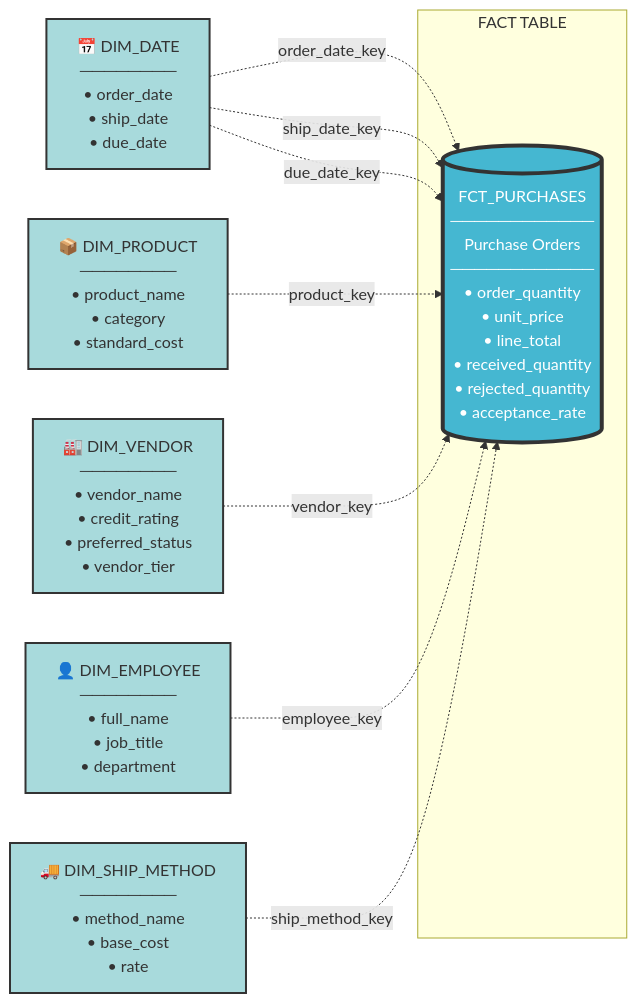
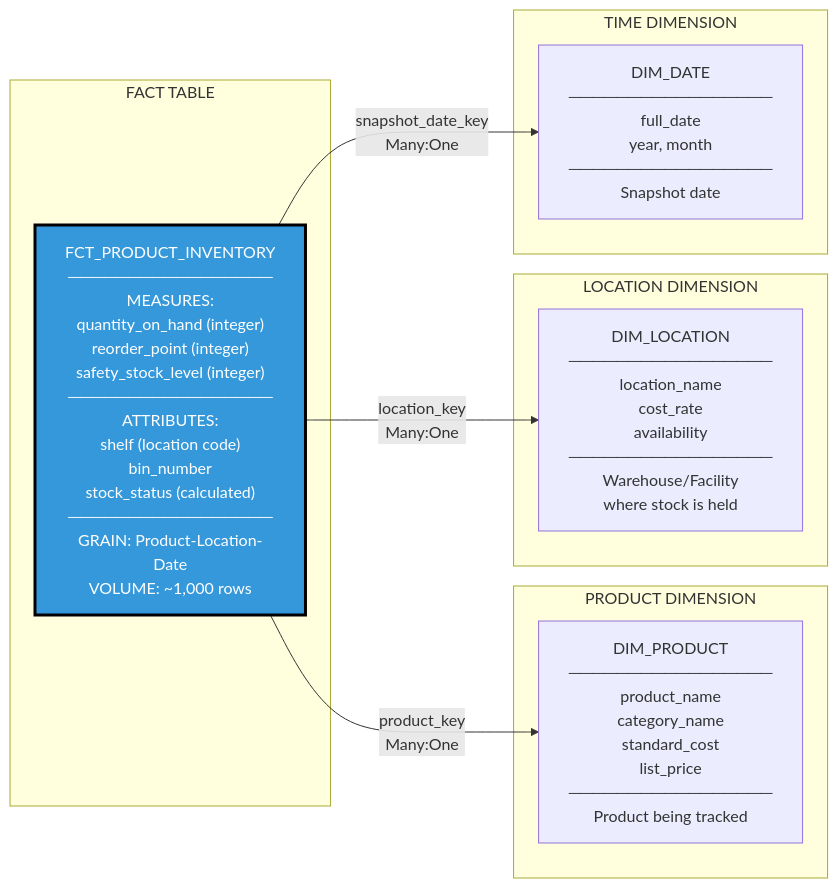
One commit to davidbryne66/hackathon changed the fourth of 6 diagrams in phase_1/diagram.md. Above: the diagram before and after it, drawn with Mermaid. The commit also changed other lines of this file and 43 other files, not shown here.

````diff
--- a/phase_1/diagram.md
+++ b/phase_1/diagram.md
@@ -164,27 +288,24 @@
 ```mermaid
 graph LR
     subgraph "FACT TABLE"
-        PURCH[("FCT_PURCHASES<br/>────────────<br/>Purchase Orders<br/>────────────<br/>• order_quantity<br/>• unit_price<br/>• line_total<br/>• received_quantity<br/>• rejected_quantity<br/>• acceptance_rate")]
+        INV["FCT_PRODUCT_INVENTORY<br/>─────────────────<br/>MEASURES:<br/>quantity_on_hand (integer)<br/>reorder_point (integer)<br/>safety_stock_level (integer)<br/>─────────────────<br/>ATTRIBUTES:<br/>shelf (location code)<br/>bin_number<br/>stock_status (calculated)<br/>─────────────────<br/>GRAIN: Product-Location-Date<br/>VOLUME: ~1,000 rows"]
     end
   
-    DATE["📅 DIM_DATE<br/>────────<br/>• order_date<br/>• ship_date<br/>• due_date"]
-    PRODUCT["📦 DIM_PRODUCT<br/>────────<br/>• product_name<br/>• category<br/>• standard_cost"]
-    VENDOR["🏭 DIM_VENDOR<br/>────────<br/>• vendor_name<br/>• credit_rating<br/>• preferred_status<br/>• vendor_tier"]
-    EMPLOYEE["👤 DIM_EMPLOYEE<br/>────────<br/>• full_name<br/>• job_title<br/>• department"]
-    SHIP["🚚 DIM_SHIP_METHOD<br/>────────<br/>• method_name<br/>• base_cost<br/>• rate"]
+    subgraph "PRODUCT DIMENSION"
+        PROD["DIM_PRODUCT<br/>─────────────────<br/>product_name<br/>category_name<br/>standard_cost<br/>list_price<br/>─────────────────<br/>Product being tracked"]
+    end
   
-    DATE -.->|order_date_key| PURCH
-    DATE -.->|ship_date_key| PURCH
-    DATE -.->|due_date_key| PURCH
-    PRODUCT -.->|product_key| PURCH
-    VENDOR -.->|vendor_key| PURCH
-    EMPLOYEE -.->|employee_key| PURCH
-    SHIP -.->|ship_method_key| PURCH
+    subgraph "LOCATION DIMENSION"
+        LOC["DIM_LOCATION<br/>─────────────────<br/>location_name<br/>cost_rate<br/>availability<br/>─────────────────<br/>Warehouse/Facility<br/>where stock is held"]
+    end
   
-    style PURCH fill:#45b7d1,stroke:#333,stroke-width:4px,color:#fff
-    style DATE fill:#a8dadc,stroke:#333,stroke-width:2px
-    style PRODUCT fill:#a8dadc,stroke:#333,stroke-width:2px
-    style VENDOR fill:#a8dadc,stroke:#333,stroke-width:2px
-    style EMPLOYEE fill:#a8dadc,stroke:#333,stroke-width:2px
-    style SHIP fill:#a8dadc,stroke:#333,stroke-width:2px
+    subgraph "TIME DIMENSION"
+        DATE["DIM_DATE<br/>─────────────────<br/>full_date<br/>year, month<br/>─────────────────<br/>Snapshot date"]
+    end
+  
+    INV -->|product_key<br/>Many:One| PROD
+    INV -->|location_key<br/>Many:One| LOC
+    INV -->|snapshot_date_key<br/>Many:One| DATE
+  
+    style INV fill:#3498db,stroke:#000,stroke-width:3px,color:#fff
 ```
````
